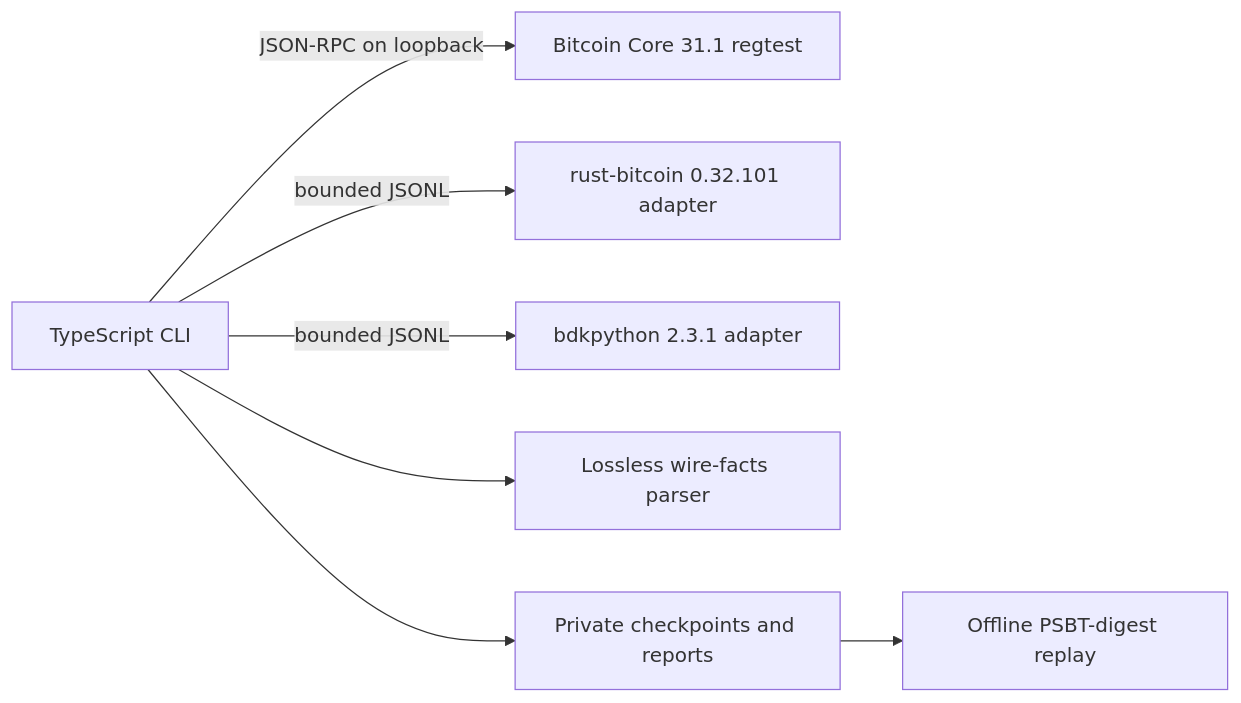
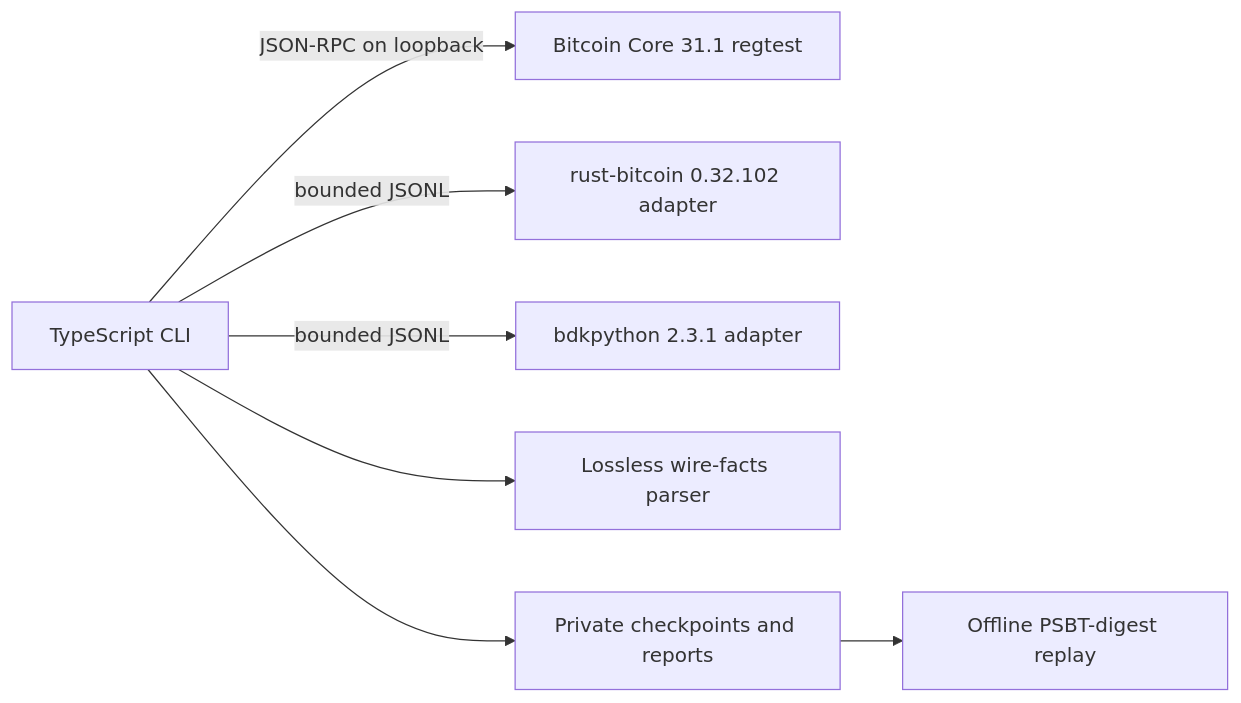
Before and after one commit to GautamBytes/psbt-interop-lab: the diagram in docs/architecture.md, drawn with Mermaid. The commit also changed 7 other files, not shown here.

Commit message:
chore: update rust-bitcoin to 0.32.102

````diff
--- a/docs/architecture.md
+++ b/docs/architecture.md
@@ -10,9 +10,9 @@
 ```mermaid
 flowchart LR
   CLI["TypeScript CLI"] -->|"JSON-RPC on loopback"| Core["Bitcoin Core 31.1 regtest"]
-  CLI -->|"bounded JSONL"| Rust["rust-bitcoin 0.32.101 adapter"]
+  CLI -->|"bounded JSONL"| Rust["rust-bitcoin 0.32.102 adapter"]
   CLI -->|"bounded JSONL"| BDK["bdkpython 2.3.1 adapter"]
   CLI --> Facts["Lossless wire-facts parser"]
   CLI --> Artifacts["Private checkpoints and reports"]
   Artifacts --> Replay["Offline PSBT-digest replay"]
 ```
````
